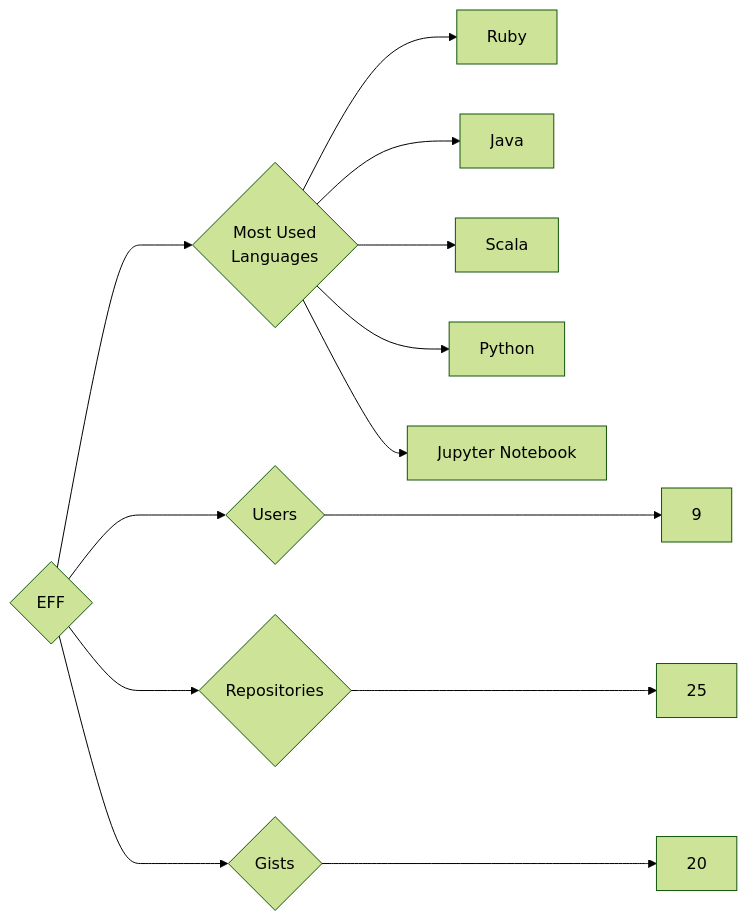
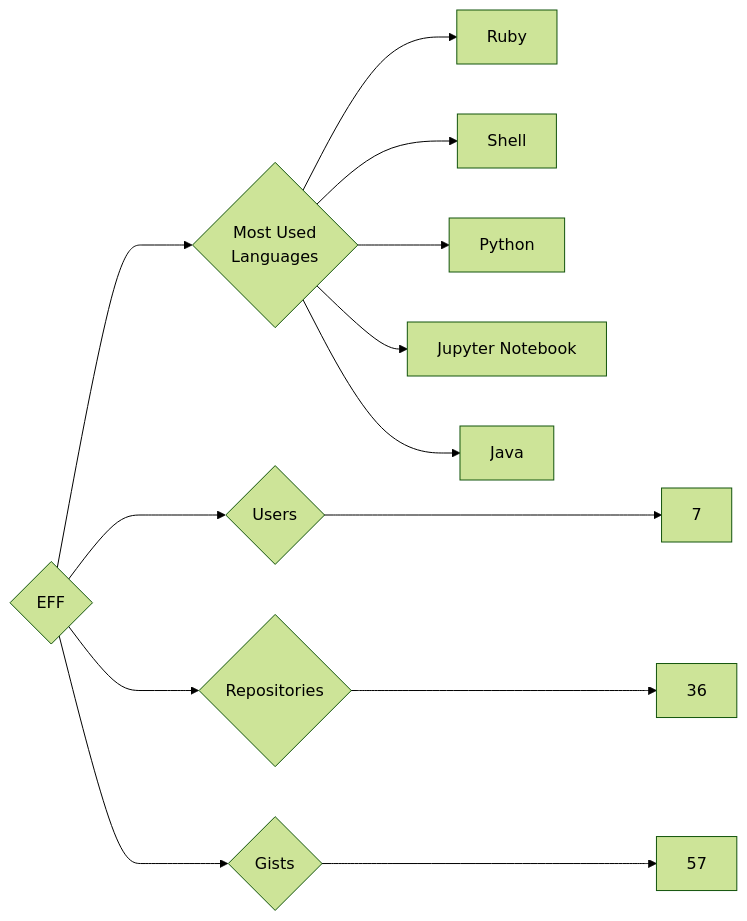
Before and after one commit to trickest/insiders: the diagram in targets/EFF/README.md, drawn with Mermaid (forest theme). The commit also changed 736 other files, not shown here.

````diff
--- a/targets/EFF/README.md
+++ b/targets/EFF/README.md
@@ -3,13 +3,13 @@
 ```mermaid
 graph LR
 COMPANY_NAME{EFF}
-COMPANY_NAME ---> U{Users} ---> UN[9]
-COMPANY_NAME ---> R{Repositories} ---> RN[25]
-COMPANY_NAME ---> G{Gists} ---> GN[20]
+COMPANY_NAME ---> U{Users} ---> UN[7]
+COMPANY_NAME ---> R{Repositories} ---> RN[36]
+COMPANY_NAME ---> G{Gists} ---> GN[57]
 COMPANY_NAME ---> ML{Most Used<br>Languages}
 ML --> Ruby[Ruby]
-ML --> Java[Java]
-ML --> Scala[Scala]
+ML --> Shell[Shell]
 ML --> Python[Python]
 ML --> Jupyter_Notebook[Jupyter Notebook]
+ML --> Java[Java]
 ```
````
